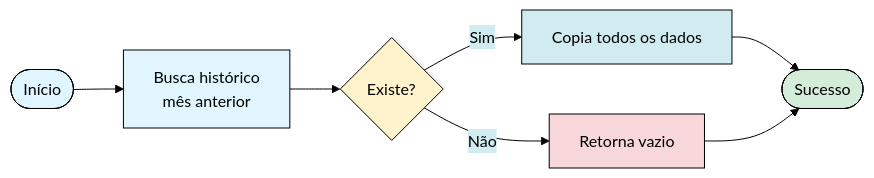
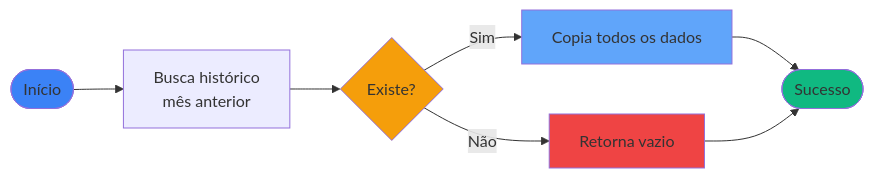
One commit to enirsilvaferraz/Investments-KMP changed the second of 3 diagrams in docs/RN - Criar novo registro de histórico.md. Above: the diagram before and after it, drawn with Mermaid. The commit also changed other lines of this file, not shown here.

First line of the commit message:
docs: Update Mermaid diagram colors in history creation docs

````diff
--- a/docs/RN - Criar novo registro de histórico.md
+++ b/docs/RN - Criar novo registro de histórico.md
@@ -69,16 +68,15 @@
 ```mermaid
-%%{init: {'theme':'base', 'themeVariables': {'background':'#ffffff', 'primaryColor':'#e1f5ff', 'primaryTextColor':'#000000', 'primaryBorderColor':'#000000', 'lineColor':'#000000', 'secondaryColor':'#d1ecf1', 'tertiaryColor':'#fff3cd'}}}%%
 flowchart LR
     Start([Início]) --> Get[Busca histórico<br/>mês anterior]
     Get --> Exists{Existe?}
     Exists -->|Sim| Copy[Copia todos os dados]
     Exists -->|Não| Fail[Retorna vazio]
     Copy --> Success([Sucesso])
     Fail --> Success
     
-    style Start fill:#e1f5ff
-    style Success fill:#d4edda
-    style Exists fill:#fff3cd
-    style Copy fill:#d1ecf1
-    style Fail fill:#f8d7da
+    style Start fill:#3b82f6
+    style Success fill:#10b981
+    style Exists fill:#f59e0b
+    style Copy fill:#60a5fa
+    style Fail fill:#ef4444
 ```
````
